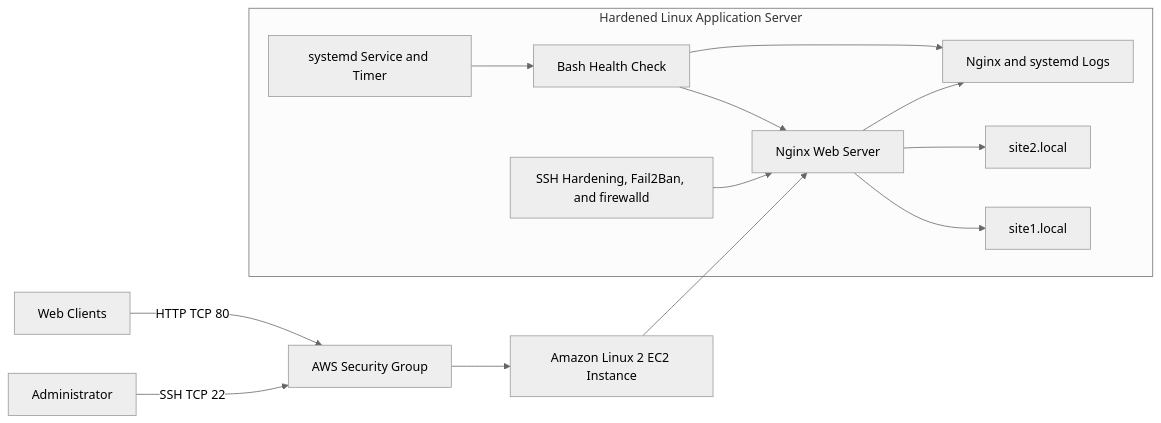
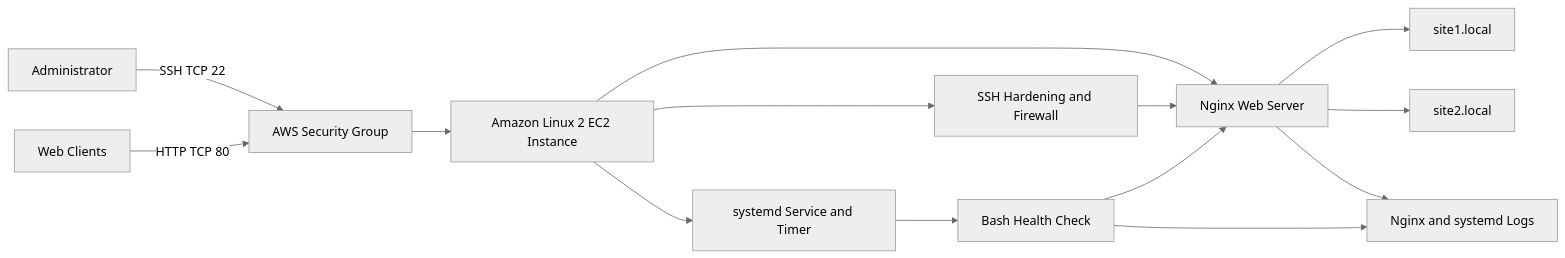
Before and after one commit to rester12/AWS-Linux-Nginx-Server-Hardening: the diagram in README.md, drawn with Mermaid (neutral theme).

Commit message:
Simplify Mermaid architecture for GitHub rendering

````diff
--- a/README.md
+++ b/README.md
@@ -19,26 +19,16 @@
 ```mermaid
-flowchart LR
-    Admin["Administrator"] -->|"SSH TCP 22"| SG["AWS Security Group"]
-    Visitors["Web Clients"] -->|"HTTP TCP 80"| SG
-    SG --> EC2["Amazon Linux 2 EC2 Instance"]
-
-    subgraph Server["Hardened Linux Application Server"]
-        Nginx["Nginx Web Server"]
-        Site1["site1.local"]
-        Site2["site2.local"]
-        Health["Bash Health Check"]
-        Timer["systemd Service and Timer"]
-        Security["SSH Hardening, Fail2Ban, and firewalld"]
-        Logs["Nginx and systemd Logs"]
-
-        Nginx --> Site1
-        Nginx --> Site2
-        Timer --> Health
-        Health --> Nginx
-        Nginx --> Logs
-        Health --> Logs
-        Security --> Nginx
-    end
-
-    EC2 --> Nginx
+graph LR;
+    A[Administrator] -->|SSH TCP 22| C[AWS Security Group];
+    B[Web Clients] -->|HTTP TCP 80| C;
+    C --> D[Amazon Linux 2 EC2 Instance];
+    D --> E[Nginx Web Server];
+    D --> F[SSH Hardening and Firewall];
+    D --> G[systemd Service and Timer];
+    F --> E;
+    G --> H[Bash Health Check];
+    H --> E;
+    E --> I[site1.local];
+    E --> J[site2.local];
+    E --> K[Nginx and systemd Logs];
+    H --> K;
 ```
````
